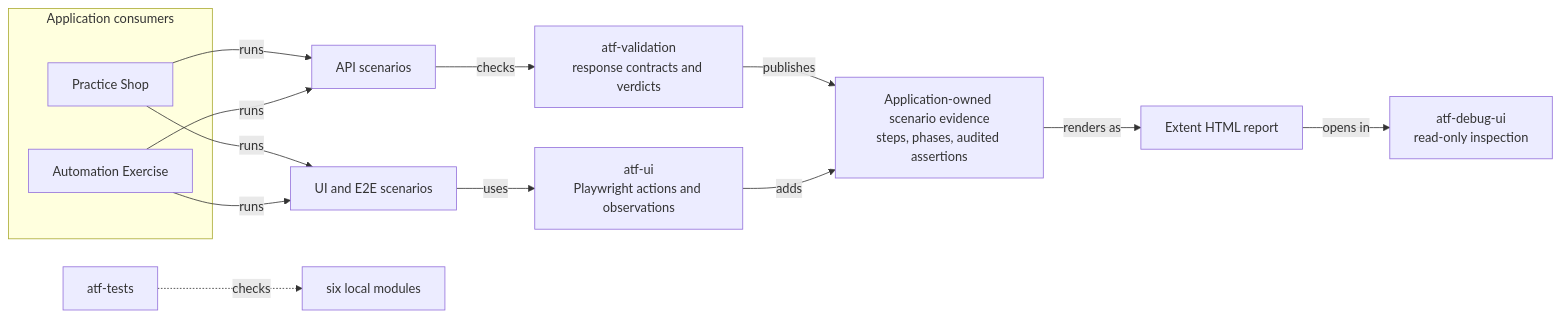
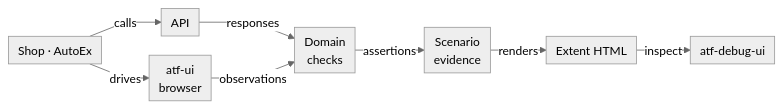
The first of 3 diagrams in README.md (crististefanita/atf_j1), drawn with Mermaid before and after one commit. The commit also changed other lines of this file and 4 other files, not shown here.

````diff
--- a/README.md
+++ b/README.md
@@ -29,18 +39,18 @@
 ```mermaid
+%%{init: {"theme":"neutral","themeVariables":{"fontSize":"15px"},"themeCSS":".edgeLabel, .edgeLabel p { font-size: 12px !important; } .node rect { rx: 6px; ry: 6px; }","flowchart":{"curve":"linear","nodeSpacing":24,"rankSpacing":20,"padding":6},"sequence":{"mirrorActors":false,"messageMargin":24}}}%%
 flowchart LR
-  subgraph Consumers["Application consumers"]
-    Shop["Practice Shop"]
-    AutoEx["Automation Exercise"]
-  end
-  Shop -->|runs| API["API scenarios"]
-  AutoEx -->|runs| API
-  Shop -->|runs| Browser["UI and E2E scenarios"]
-  AutoEx -->|runs| Browser
-  API -->|checks| Validation["atf-validation<br/>response contracts and verdicts"]
-  Browser -->|uses| UI["atf-ui<br/>Playwright actions and observations"]
-  Validation -->|publishes| Evidence["Application-owned scenario evidence<br/>steps, phases, audited assertions"]
-  UI -->|adds| Evidence
-  Evidence -->|renders as| Report["Extent HTML report"]
-  Report -->|opens in| Inspector["atf-debug-ui<br/>read-only inspection"]
-  Governance["atf-tests"] -.->|checks| Reactor["six local modules"]
+    App["Shop · AutoEx"]
+    API["API"]
+    Browser["atf-ui<br/>browser"]
+    Checks["Domain<br/>checks"]
+    Evidence["Scenario<br/>evidence"]
+    Report["Extent HTML"]
+    Inspector["atf-debug-ui"]
+    App -->|calls| API
+    App -->|drives| Browser
+    API -->|responses| Checks
+    Browser -->|observations| Checks
+    Checks -->|assertions| Evidence
+    Evidence -->|renders| Report
+    Report -->|inspect| Inspector
 ```
````
